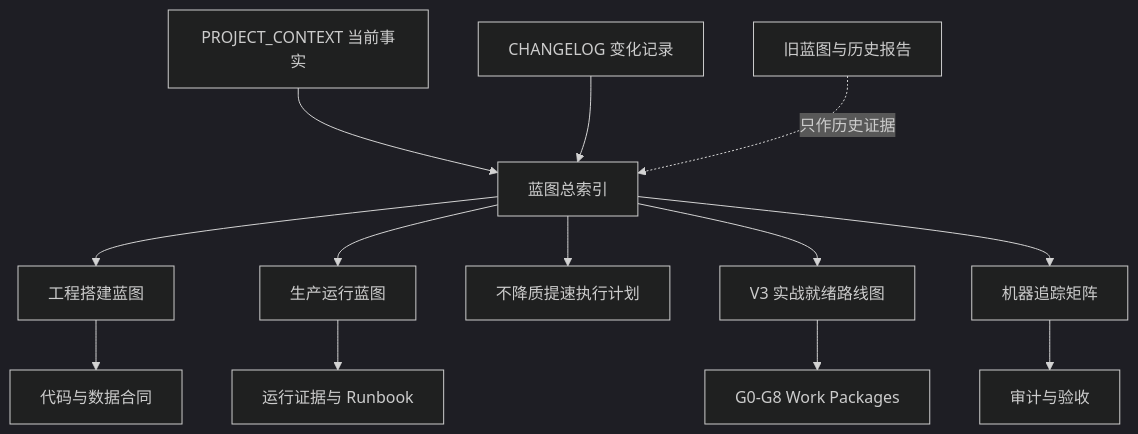
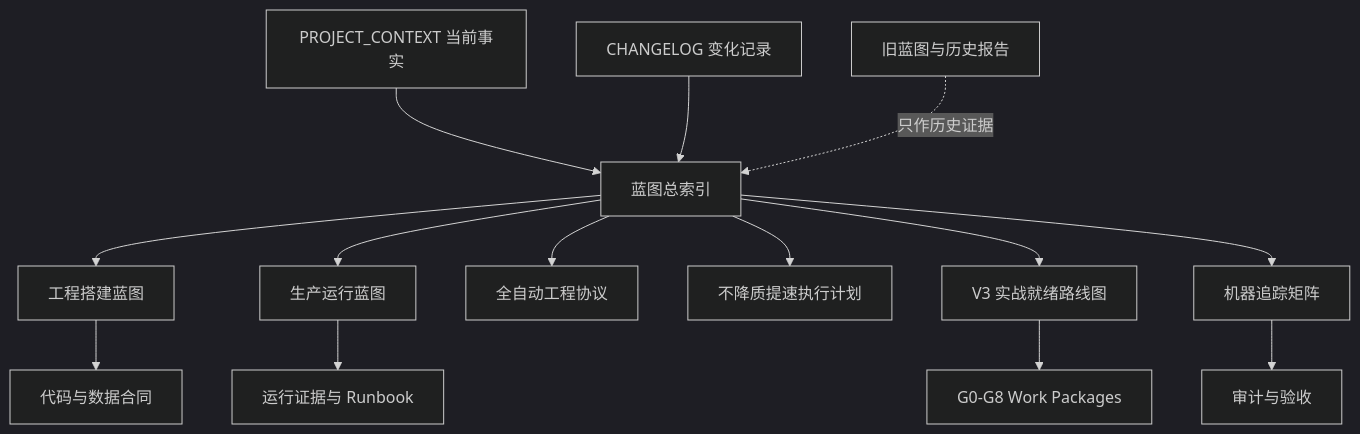
One commit to TianYuan1926/chuan-market-radar changed the diagram in docs/blueprints/README.md. Above: the diagram before and after it, drawn with Mermaid (dark theme). The commit also changed other lines of this file and 21 other files, not shown here.

````diff
--- a/docs/blueprints/README.md
+++ b/docs/blueprints/README.md
@@ -20,20 +20,21 @@
 ```mermaid
 flowchart TD
     accTitle: Market Radar Blueprint Authority
     accDescr: The blueprint system separates current facts, engineering construction, production operation, and staged readiness while preserving historical documents as lower-priority evidence.
 
     index["蓝图总索引"] --> engineering["工程搭建蓝图"]
     index --> runtime["生产运行蓝图"]
+    index --> autonomy["全自动工程协议"]
     index --> acceleration["不降质提速执行计划"]
     index --> roadmap["V3 实战就绪路线图"]
     index --> traceability["机器追踪矩阵"]
 
     engineering --> code_contracts["代码与数据合同"]
     runtime --> production_evidence["运行证据与 Runbook"]
     roadmap --> work_packages["G0-G8 Work Packages"]
     traceability --> audit_gate["审计与验收"]
 
     current_context["PROJECT_CONTEXT 当前事实"] --> index
     changelog["CHANGELOG 变化记录"] --> index
     historical["旧蓝图与历史报告"] -. "只作历史证据" .-> index
 ```
````
